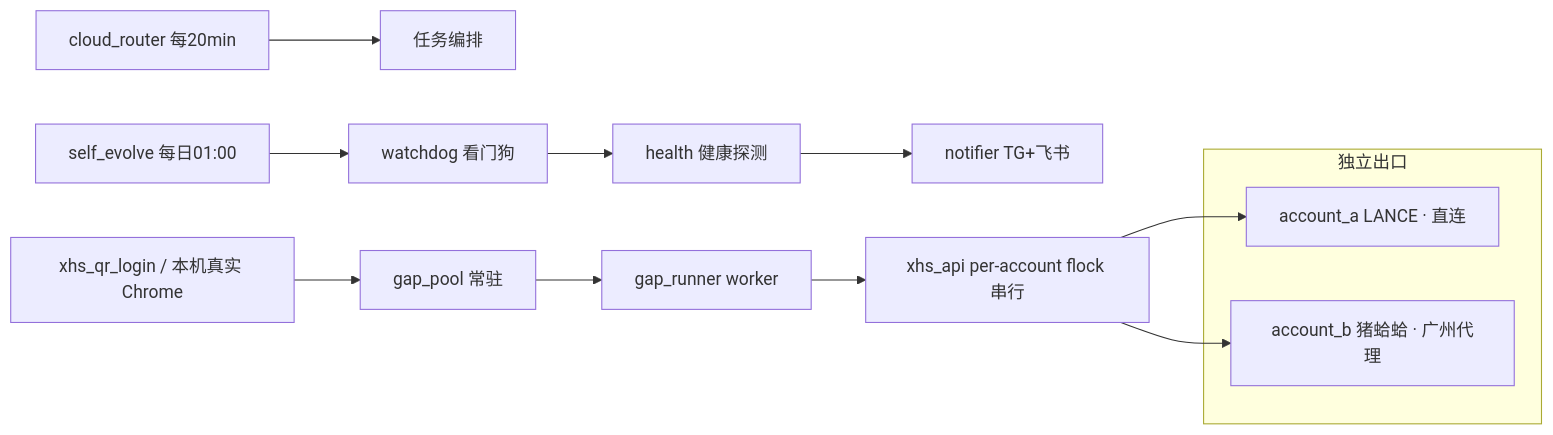
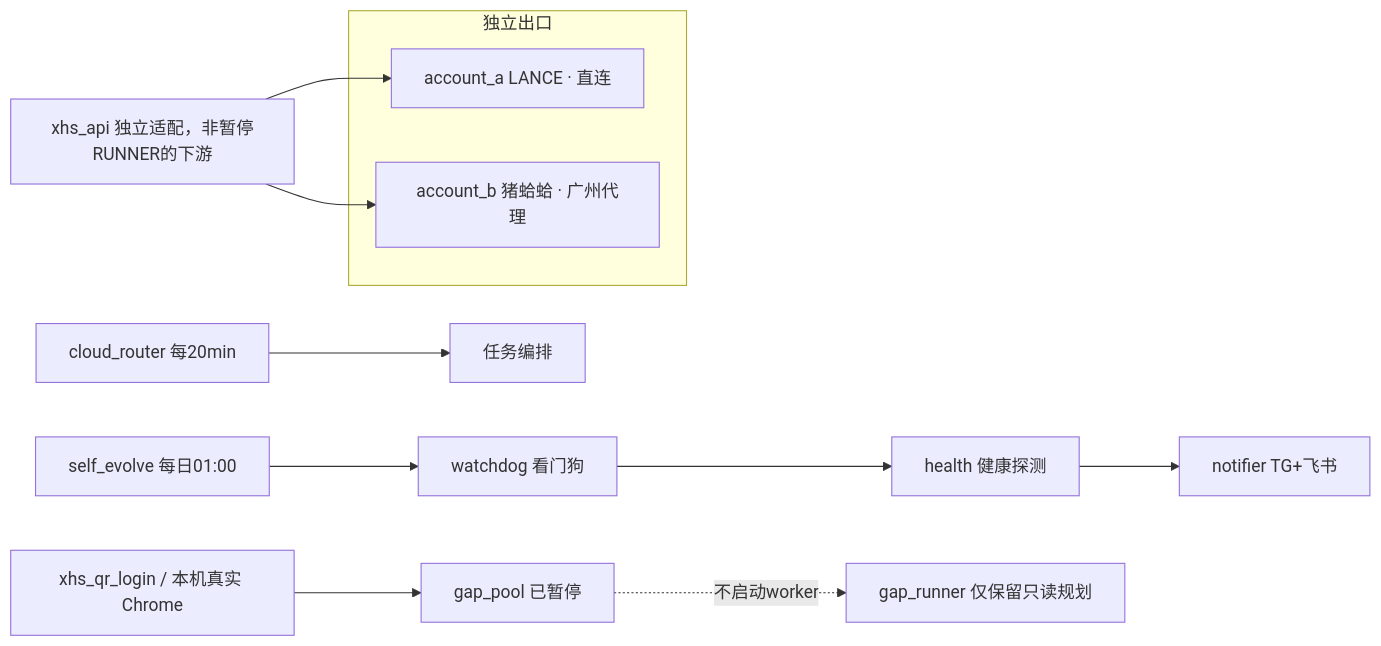
One commit to huming0018-dot/china-travel-food changed the second of 2 diagrams in docs/architecture/system-map.md. Above: the diagram before and after it, drawn with Mermaid. The commit also changed 13 other files, not shown here.

````diff
--- a/docs/architecture/system-map.md
+++ b/docs/architecture/system-map.md
@@ -43,16 +43,16 @@
 ```mermaid
 flowchart LR
   ROUTER[cloud_router 每20min] --> ORCH[任务编排]
   WD[watchdog 看门狗] --> HEALTH[health 健康探测]
   HEALTH --> NOTIFY[notifier TG+飞书]
-  POOL[gap_pool 常驻] --> RUNNER[gap_runner worker]
+  POOL[gap_pool 已暂停] -. 不启动worker .-> RUNNER[gap_runner 仅保留只读规划]
   QR[xhs_qr_login / 本机真实 Chrome] --> POOL
-  RUNNER --> XHS[xhs_api per-account flock 串行]
+  XHS[xhs_api 独立适配，非暂停RUNNER的下游]
   subgraph EXIT[独立出口]
     A["account_a LANCE · 直连"]
     B["account_b 猪蛤蛤 · 广州代理"]
   end
   XHS --> A
   XHS --> B
   SELF[self_evolve 每日01:00] --> WD
 ```
````
